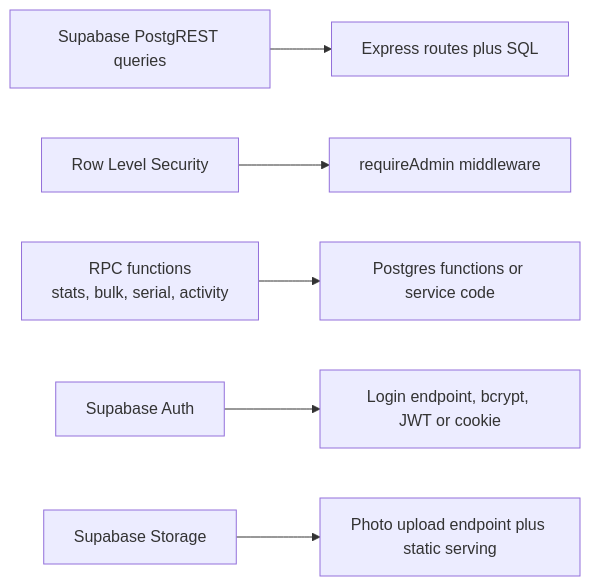
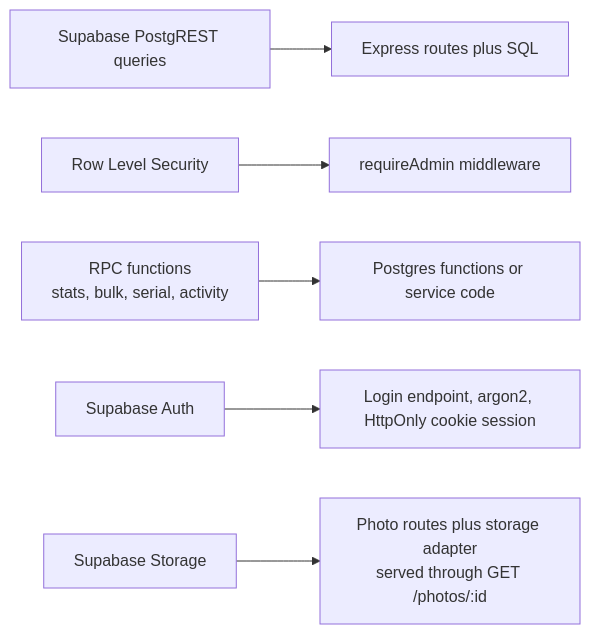
The third of 3 diagrams in docs/diagrams/backend-architecture.md (rajuofficialasf-hub/house-construction), drawn with Mermaid before and after one commit. The commit also changed other lines of this file and 1 other file, not shown here.

Commit message:
docs(plan): start C5 photos

````diff
--- a/docs/diagrams/backend-architecture.md
+++ b/docs/diagrams/backend-architecture.md
@@ -32,8 +38,8 @@
 ```mermaid
 flowchart LR
   A[Supabase PostgREST queries] --> A2[Express routes plus SQL]
   B[Row Level Security] --> B2[requireAdmin middleware]
   C[RPC functions<br/>stats, bulk, serial, activity] --> C2[Postgres functions or service code]
-  D[Supabase Auth] --> D2[Login endpoint, bcrypt, JWT or cookie]
-  E[Supabase Storage] --> E2[Photo upload endpoint plus static serving]
+  D[Supabase Auth] --> D2[Login endpoint, argon2, HttpOnly cookie session]
+  E[Supabase Storage] --> E2[Photo routes plus storage adapter<br/>served through GET /photos/:id]
 ```
````
